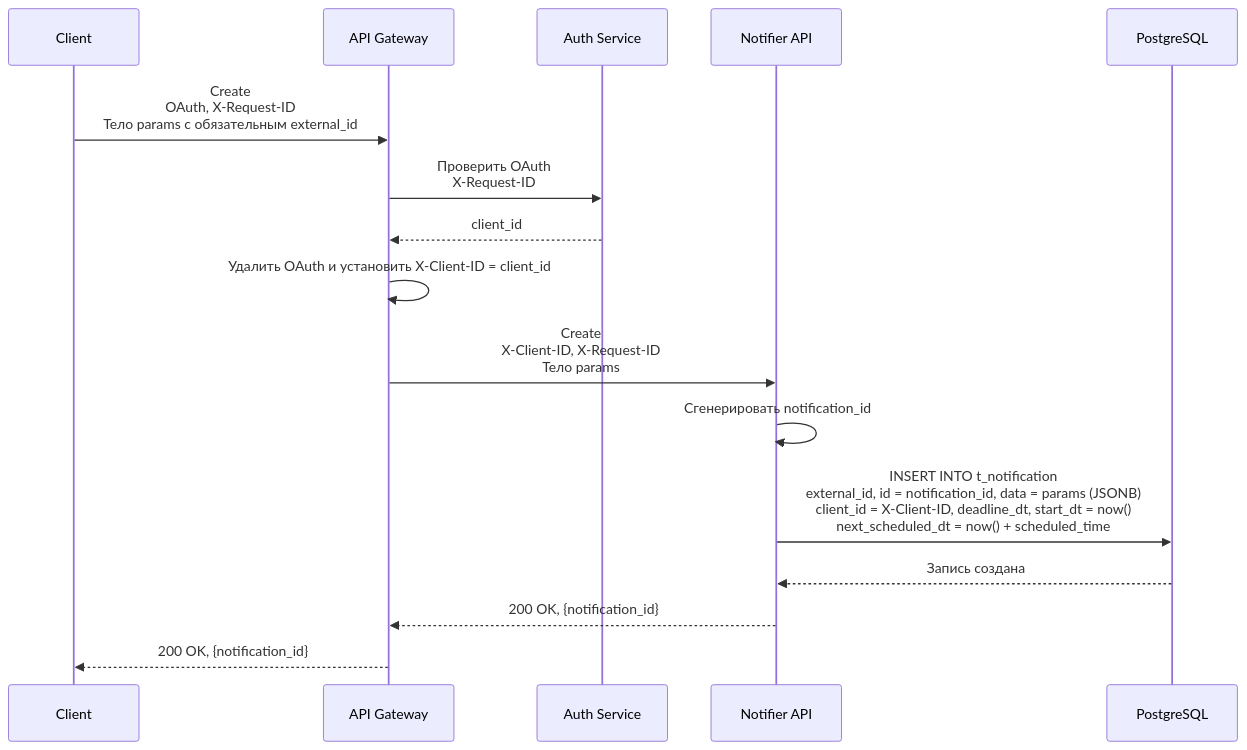
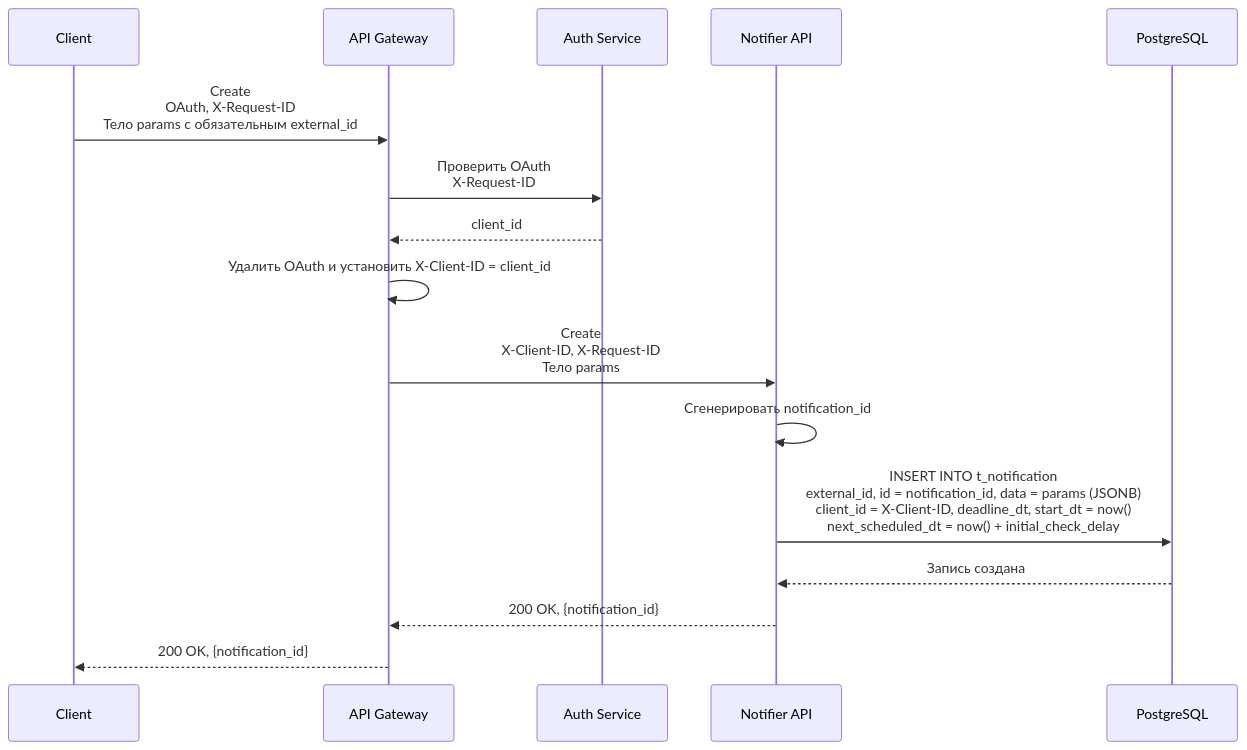
Before and after one commit to ssunshineguy/notifier: the first of 6 diagrams in README.md, drawn with Mermaid. The commit also changed other lines of this file and 10 other files, not shown here.

Commit message:
Make the initial notification check delay configurable

````diff
--- a/README.md
+++ b/README.md
@@ -39,19 +39,19 @@
 ```mermaid
 sequenceDiagram
     participant C as Client
     participant G as API Gateway
     participant A as Auth Service
     participant N as Notifier API
     participant DB as PostgreSQL
 
     C->>G: Create<br/>OAuth, X-Request-ID<br/>Тело params с обязательным external_id
     G->>A: Проверить OAuth<br/>X-Request-ID
     A-->>G: client_id
     G->>G: Удалить OAuth и установить X-Client-ID = client_id
     G->>N: Create<br/>X-Client-ID, X-Request-ID<br/>Тело params
     N->>N: Сгенерировать notification_id
-    N->>DB: INSERT INTO t_notification<br/>external_id, id = notification_id, data = params (JSONB)<br/>client_id = X-Client-ID, deadline_dt, start_dt = now()<br/>next_scheduled_dt = now() + scheduled_time
+    N->>DB: INSERT INTO t_notification<br/>external_id, id = notification_id, data = params (JSONB)<br/>client_id = X-Client-ID, deadline_dt, start_dt = now()<br/>next_scheduled_dt = now() + initial_check_delay
     DB-->>N: Запись создана
     N-->>G: 200 OK, {notification_id}
     G-->>C: 200 OK, {notification_id}
 ```
````
